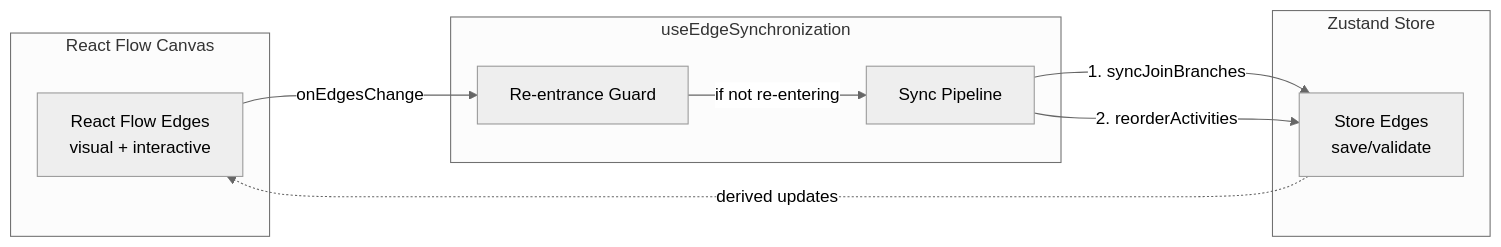
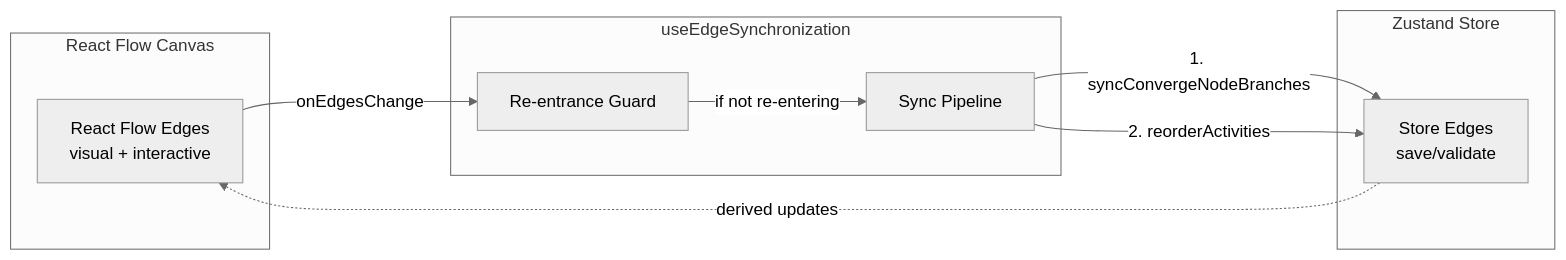
One commit to alinabuzachis/syntara changed diagram 11 of 19 in docs/architecture.md. Above: the diagram before and after it, drawn with Mermaid (neutral theme). The commit also changed other lines of this file and 12 other files, not shown here.

````diff
--- a/docs/architecture.md
+++ b/docs/architecture.md
@@ -797,21 +797,21 @@
 ```mermaid
 flowchart LR
   subgraph Canvas["React Flow Canvas"]
     RF[React Flow Edges<br/>visual + interactive]
   end
 
   subgraph Hook["useEdgeSynchronization"]
     Guard[Re-entrance Guard]
     Sync[Sync Pipeline]
   end
 
   subgraph Store["Zustand Store"]
     SE[Store Edges<br/>save/validate]
   end
 
   RF -->|"onEdgesChange"| Guard
   Guard -->|"if not re-entering"| Sync
-  Sync -->|"1. syncJoinBranches"| SE
+  Sync -->|"1. syncConvergeNodeBranches"| SE
   Sync -->|"2. reorderActivities"| SE
   SE -.->|"derived updates"| RF
 ```
````
